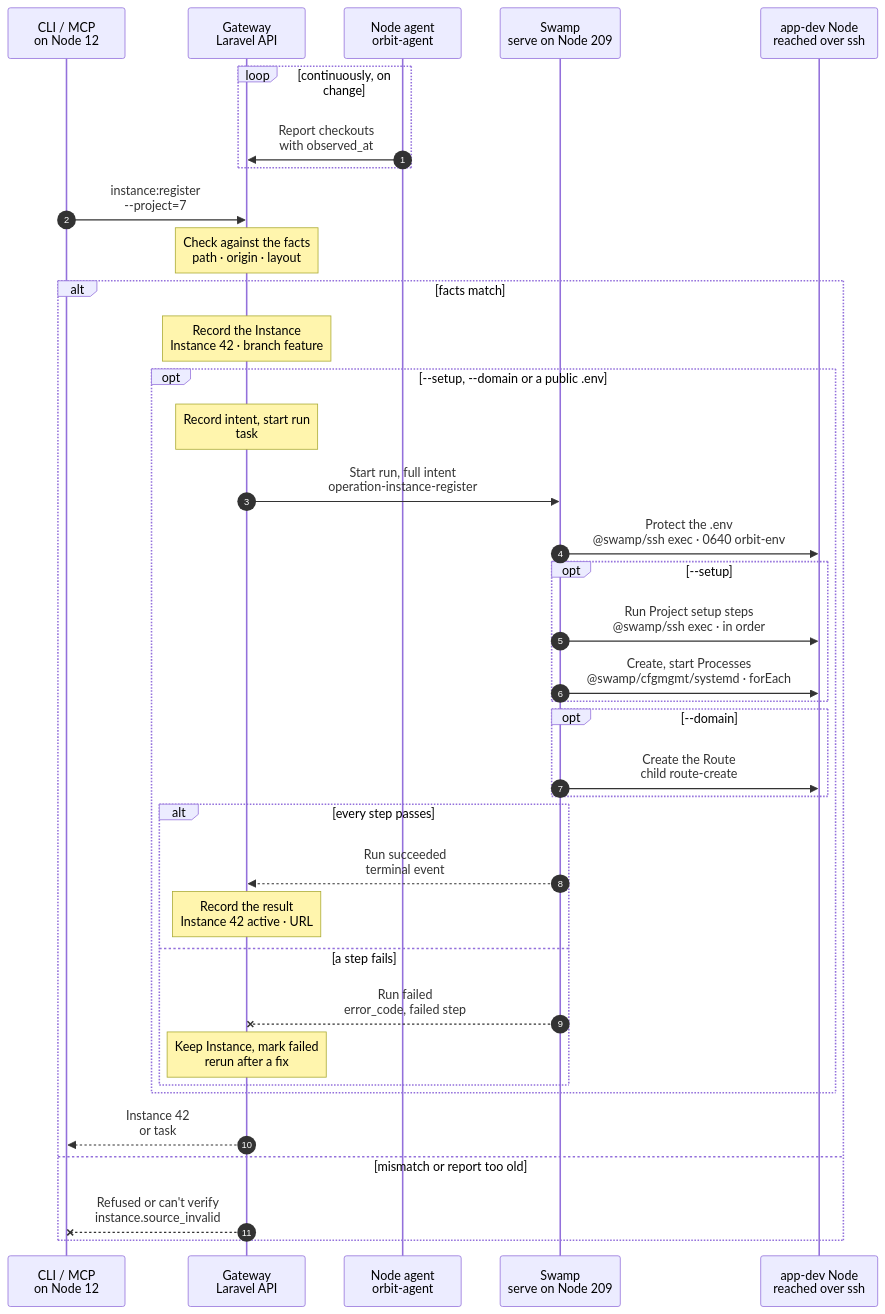
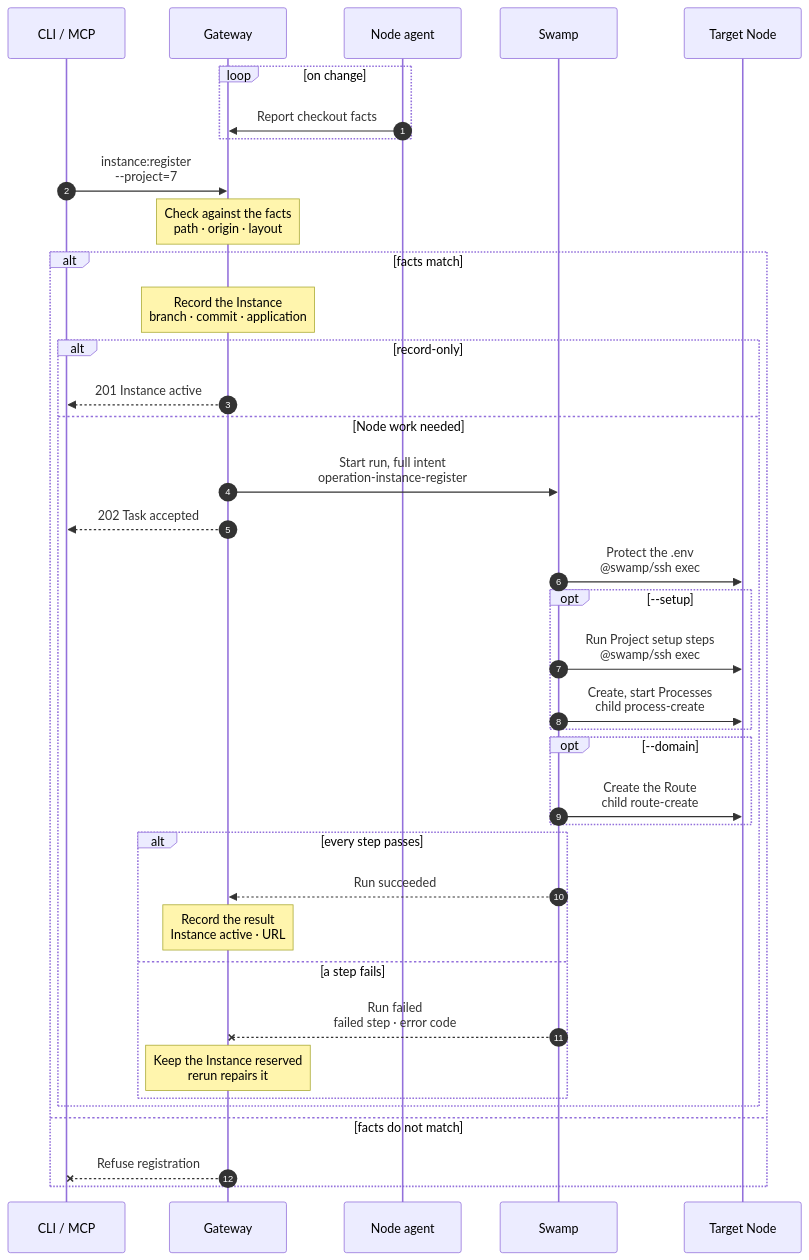
Before and after one commit to hardimpactdev/orbit: the diagram in docs/cli/instance/register.mmd, drawn with Mermaid. The commit also changed 11 other files, not shown here.

First line of the commit message:
fix(instance): publish prepared development runtimes awake

```diff
--- a/docs/cli/instance/register.mmd
+++ b/docs/cli/instance/register.mmd
@@ -1,92 +1,48 @@
 sequenceDiagram
-  %% Target design: rule 1 (read-only from Node agent reports, like tool.adopt), R1 record-only default, R4 Node-work branch; .env stays the user's file; Processes from Project definitions (instance.create). docs/domains/applications.md#register-an-existing-checkout.
-  %% Revised: Nick 2026-11-03. Default: check and record, no run. --setup and --domain are opt-in Node work. A linked worktree of the Project's repository is accepted. Caller-agnostic.
   %% status: reviewed
   %% command: instance:register
   %% kind: instance.register
   autonumber
   %% lane CLI icon=terminal pill=caller tone=gray
   %% lane GW icon=gateway pill=intent tone=blue
   %% lane A icon=server pill=observer tone=amber
   %% lane SW icon=workflow pill=executes tone=green
   %% lane N icon=server pill=target tone=amber
-  participant CLI as CLI / MCP<br/>on Node 12
-  participant GW as Gateway<br/>Laravel API
-  participant A as Node agent<br/>orbit-agent
-  participant SW as Swamp<br/>serve on Node 209
-  participant N as app-dev Node<br/>reached over ssh
-  loop continuously, on change
-    A->>GW: Report checkouts<br/>with observed_at
-    %%> What it observes:
-    %%> - each Git checkout under `<apps-root>/<project-slug>/<name>`: owner, layout (checkout or linked worktree), origin, branch, `HEAD` commit, dirty state
-    %%> - whether `.env` exists and who can read it; PHP version and the Laravel flag
-    %%> Runs as:
-    %%> - read-only; the Node agent never changes a Node
+  participant CLI as CLI / MCP
+  participant GW as Gateway
+  participant A as Node agent
+  participant SW as Swamp
+  participant N as Target Node
+  loop on change
+    A->>GW: Report checkout facts
   end
   CLI->>GW: instance:register<br/>--project=7
-  %%> Command:
-  %%> - `cd /fast/apps/acme/feature && orbit instance:register --project=7 --yes`; the name defaults to the directory, `feature`
-  %%> - syntax: `--project=ID [--path=PATH] [--name=NAME] [--root=PATH] [--setup] [--domain=HOST] [--yes] [--json]`
-  %%> What registering means:
-  %%> - Orbit adopts a checkout that already exists, in place; a later `instance:destroy` deletes it
-  %%> Opt-in:
-  %%> - `--setup` runs the Project setup steps and starts its Processes
-  %%> - `--domain` creates a Route
-  %%> Confirmation:
-  %%> - without `--yes`, the CLI asks for consent that names the source; `--json` needs `--yes`
   Note over GW: Check against the facts<br/>path · origin · layout
-  %%> Checks:
-  %%> - Node 12 has `app-dev`, Project 7 may be placed on it, the name is free
-  %%> - the checkout is under `/fast/apps/acme/`, owned by the Node's user, with Project 7's origin
-  %%> - a plain checkout, or a linked worktree whose shared `.git` belongs to that repository
-  %%> - with `--domain`: the domain is in Node 12's TLD and free (`route.domain_conflict`, 422)
-  %%> - the agent's report is fresh enough to trust
   alt facts match
-    Note over GW: Record the Instance<br/>Instance 42 · branch feature
-    %%> Result:
-    %%> - Instance 42 recorded with the observed branch, commit and application facts
-    %%> - Git `HEAD`, the index, dirty files and `.env` stay as they are
-    opt --setup, --domain or a public .env
-      Note over GW: Record intent, start run<br/>task #5131
-      %%> When:
-      %%> - only when the Node needs work; without it the Instance is active now and no run starts (R1)
-      %%> Inputs:
-      %%> - Node 12's address and host keys, the facts, the setup steps, the Process definitions, the Route intent
+    Note over GW: Record the Instance<br/>branch · commit · application
+    alt record-only
+      GW-->>CLI: 201 Instance active
+    else Node work needed
       GW->>SW: Start run, full intent<br/>operation-instance-register
-      SW->>N: Protect the .env<br/>@swamp/ssh exec · 0640 orbit-env
-      %%> When:
-      %%> - only when `.env` exists and others can read it
-      %%> How:
-      %%> - root runs `chgrp -h orbit-env`, which never follows a link, then the account sets mode 0640; never reads or changes the content
+      GW-->>CLI: 202 Task accepted
+      SW->>N: Protect the .env<br/>@swamp/ssh exec
+      %%> Only when an existing .env is publicly readable.
       opt --setup
-        SW->>N: Run Project setup steps<br/>@swamp/ssh exec · in order
-        %%> What it does:
-        %%> - runs the Project's setup steps in the checkout, in order, for example creating `.env`, `composer install`, `php artisan key:generate`
-        SW->>N: Create, start Processes<br/>@swamp/cfgmgmt/systemd · forEach
-        %%> What it does:
-        %%> - creates and starts the Project's development Processes, as `instance:create` does
+        SW->>N: Run Project setup steps<br/>@swamp/ssh exec
+        SW->>N: Create, start Processes<br/>child process-create
       end
       opt --domain
         SW->>N: Create the Route<br/>child route-create
-        %%> What it does:
-        %%> - the same child workflow as `route:create`: CSR on the Node, the Gateway signs it, install the certificate, publish the Caddy site, probe it over TLS
+        %%> The prepared development Instance becomes awake after its site is published.
       end
       alt every step passes
-        SW-->>GW: Run succeeded<br/>terminal event
-        Note over GW: Record the result<br/>Instance 42 active · URL
+        SW-->>GW: Run succeeded
+        Note over GW: Record the result<br/>Instance active · URL
       else a step fails
-        SW--xGW: Run failed<br/>error_code, failed step
-        Note over GW: Keep Instance, mark failed<br/>rerun after a fix
-        %%> On the Node:
-        %%> - the checkout stays as it is; no rollback
+        SW--xGW: Run failed<br/>failed step · error code
+        Note over GW: Keep the Instance reserved<br/>rerun repairs it
       end
     end
-    GW-->>CLI: Instance 42<br/>or task #5131 to follow
-    %%> What you get:
-    %%> - without Node work: the Instance at once (HTTP 201)
-    %%> - with Node work: the task (HTTP 202); the CLI follows it with `operation:show` every 2 s
-  else mismatch or report too old
-    GW--xCLI: Refused or can't verify<br/>instance.source_invalid
-    %%> Result:
-    %%> - nothing is recorded; fix the source, or try again when the agent reports
+  else facts do not match
+    GW--xCLI: Refuse registration
   end
```
